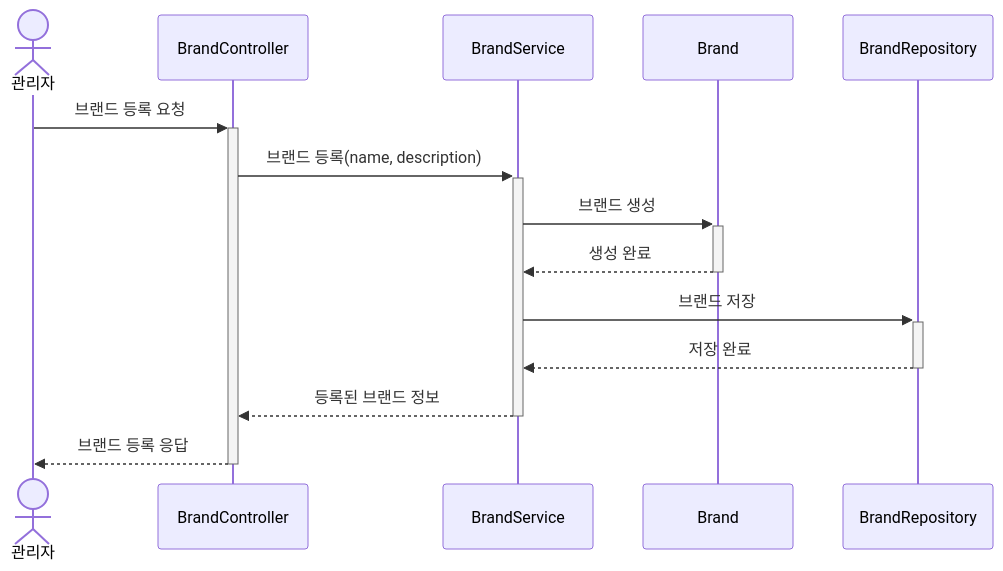
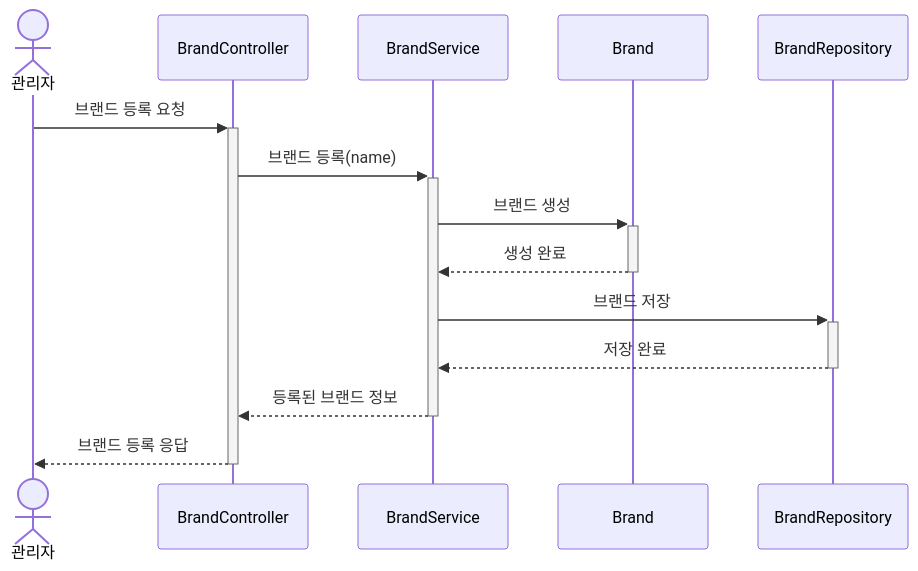
Before and after one commit to kimjunyoung90/loop-pack-be-l2-vol3-java: the third of 23 diagrams in docs/design/02-sequence-diagrams.md, drawn with Mermaid. The commit also changed other lines of this file, not shown here.

Commit message:
docs: sequence diagram 수정

````diff
--- a/docs/design/02-sequence-diagrams.md
+++ b/docs/design/02-sequence-diagrams.md
@@ -101,17 +101,17 @@
 ```mermaid
 sequenceDiagram
     actor Admin as 관리자
     participant BC as BrandController
     participant BS as BrandService
     participant B as Brand
     participant BR as BrandRepository
 
     Admin->>+BC: 브랜드 등록 요청
-    BC->>+BS: 브랜드 등록(name, description)
+    BC->>+BS: 브랜드 등록(name)
     BS->>+B: 브랜드 생성
     B-->>-BS: 생성 완료
     BS->>+BR: 브랜드 저장
     BR-->>-BS: 저장 완료
     BS-->>-BC: 등록된 브랜드 정보
     BC-->>-Admin: 브랜드 등록 응답
 ```
````
